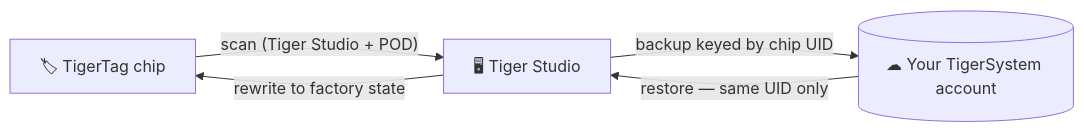
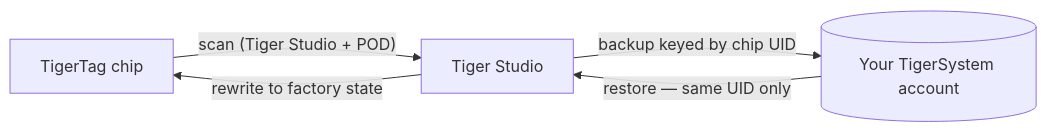
One commit to TigerTag-Project/TigerSystem-Docs changed the diagram in docs/products/tigertag-plus.md. Above: the diagram before and after it, drawn with Mermaid. The commit also changed other lines of this file and 56 other files, not shown here.

````diff
--- a/docs/products/tigertag-plus.md
+++ b/docs/products/tigertag-plus.md
@@ -22,6 +22,6 @@
 ```mermaid
 flowchart LR
-    TAGP["🏷 TigerTag chip"] -- "scan (Tiger Studio + POD)" --> ST["🖥 Tiger Studio"]
-    ST -- "backup keyed by chip UID" --> FB[("☁ Your TigerSystem account")]
-    FB -- "restore — same UID only" --> ST -- "rewrite to factory state" --> TAGP
+  TAGP["TigerTag chip"] -- "scan (Tiger Studio + POD)" --> ST["Tiger Studio"]
+  ST -- "backup keyed by chip UID" --> FB[("Your TigerSystem account")]
+  FB -- "restore — same UID only" --> ST -- "rewrite to factory state" --> TAGP
 ```
````
